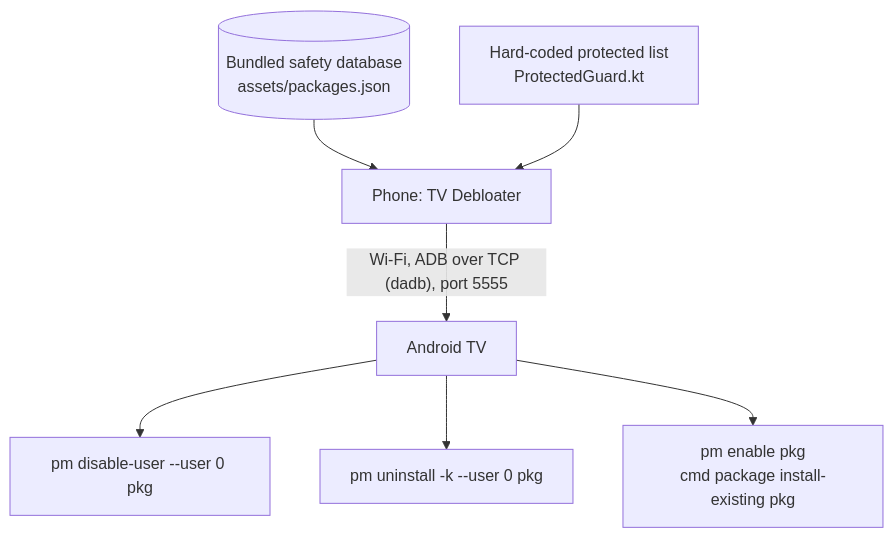
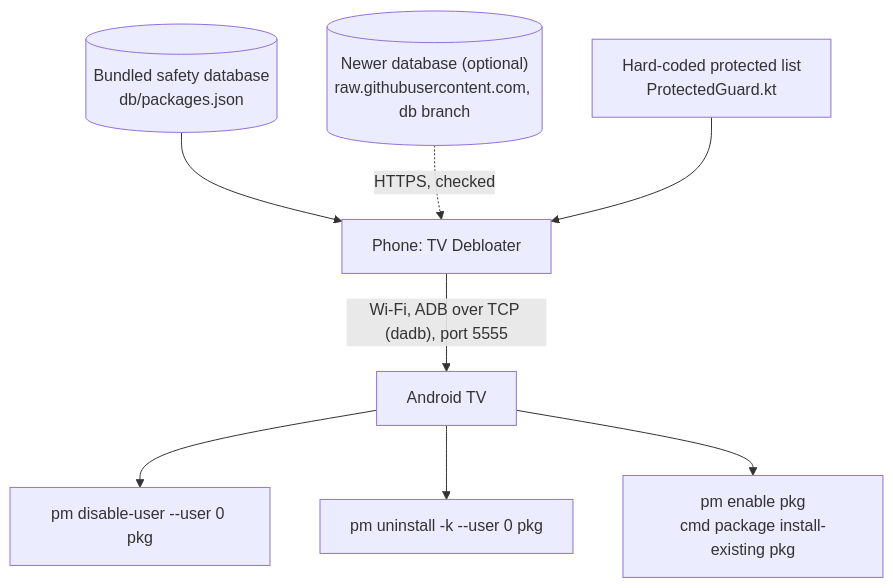
The diagram in README.md (frtymn/tv-debloater), drawn with Mermaid before and after one commit. The commit also changed other lines of this file and 54 other files, not shown here.

````diff
--- a/README.md
+++ b/README.md
@@ -76,9 +86,10 @@
 ```mermaid
 flowchart TD
     A["Phone: TV Debloater"] -->|"Wi-Fi, ADB over TCP (dadb), port 5555"| B["Android TV"]
-    D[("Bundled safety database<br/>assets/packages.json")] --> A
+    D[("Bundled safety database<br/>db/packages.json")] --> A
+    G[("Newer database (optional)<br/>raw.githubusercontent.com, db branch")] -.->|"HTTPS, checked"| A
     E["Hard-coded protected list<br/>ProtectedGuard.kt"] --> A
     B --> C1["pm disable-user --user 0 pkg"]
     B --> C2["pm uninstall -k --user 0 pkg"]
     B --> C3["pm enable pkg<br/>cmd package install-existing pkg"]
 ```
````
